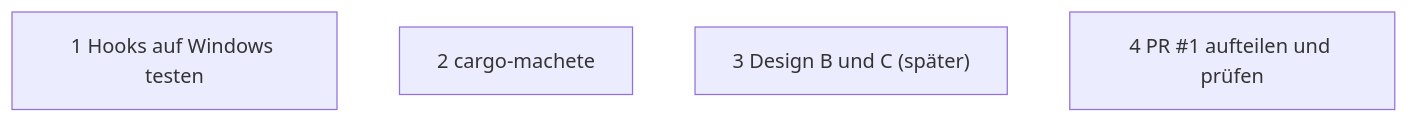
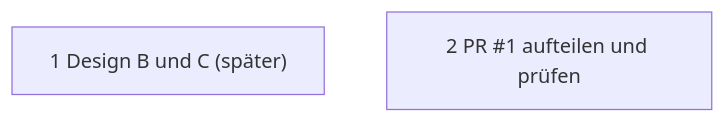
Before and after one commit to hhalex660/audio-konverter: the diagram in wiki/offen.md, drawn with Mermaid. The commit also changed other lines of this file and 4 other files, not shown here.

````diff
--- a/wiki/offen.md
+++ b/wiki/offen.md
@@ -3,7 +3,5 @@
 ```mermaid
 flowchart TD
-    C["1 Hooks auf Windows testen"]
-    D["2 cargo-machete"]
-    E["3 Design B und C (später)"]
-    F["4 PR #1 aufteilen und prüfen"]
+    E["1 Design B und C (später)"]
+    F["2 PR #1 aufteilen und prüfen"]
 ```
````
